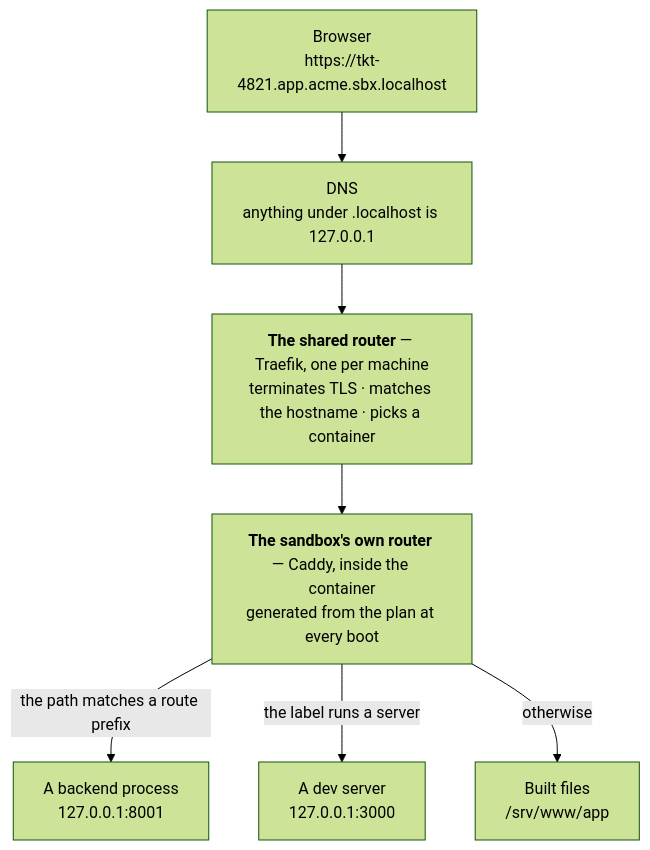
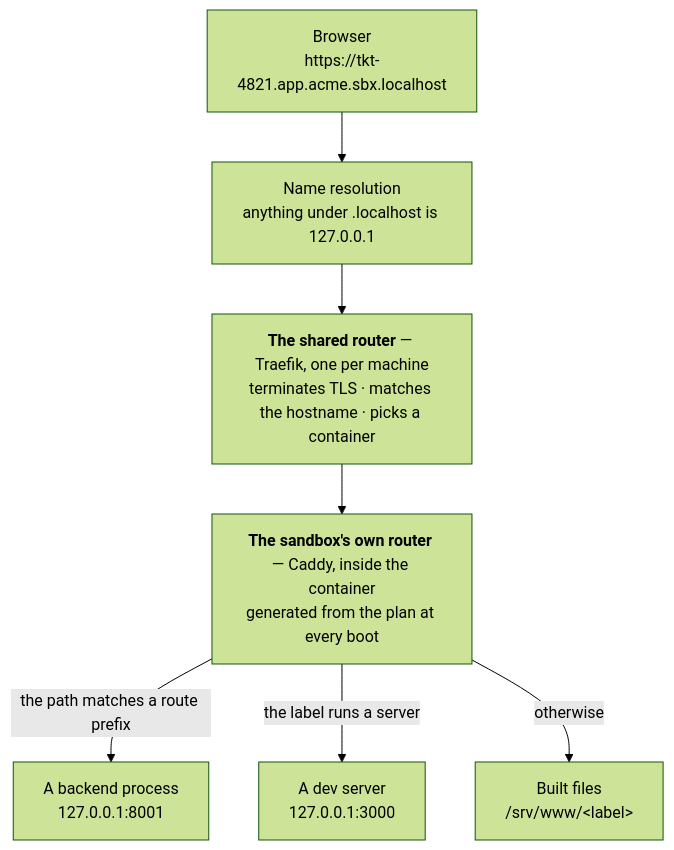
Before and after one commit to mattmoran56/sandboxer-core: the diagram in docs/architecture/request-path.md, drawn with Mermaid (forest theme). The commit also changed other lines of this file and 43 other files, not shown here.

````diff
--- a/docs/architecture/request-path.md
+++ b/docs/architecture/request-path.md
@@ -11,14 +19,14 @@
 ```mermaid
 flowchart TB
   b["Browser<br/>https://tkt-4821.app.acme.sbx.localhost"]
-  dns["DNS<br/>anything under .localhost is 127.0.0.1"]
+  dns["Name resolution<br/>anything under .localhost is 127.0.0.1"]
   r["<b>The shared router</b> — Traefik, one per machine<br/>terminates TLS · matches the hostname · picks a container"]
   ir["<b>The sandbox's own router</b> — Caddy, inside the container<br/>generated from the plan at every boot"]
-  st["Built files<br/>/srv/www/app"]
+  st["Built files<br/>/srv/www/&lt;label&gt;"]
   be["A backend process<br/>127.0.0.1:8001"]
   sv["A dev server<br/>127.0.0.1:3000"]
   b --> dns --> r --> ir
   ir -->|"the path matches a route prefix"| be
   ir -->|"the label runs a server"| sv
   ir -->|"otherwise"| st
 ```
````
